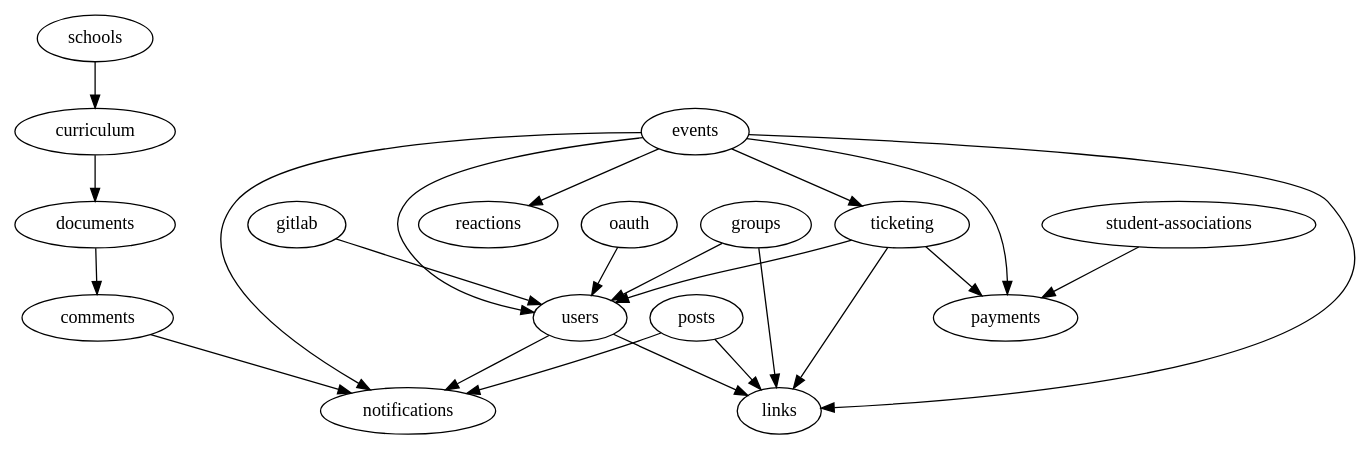
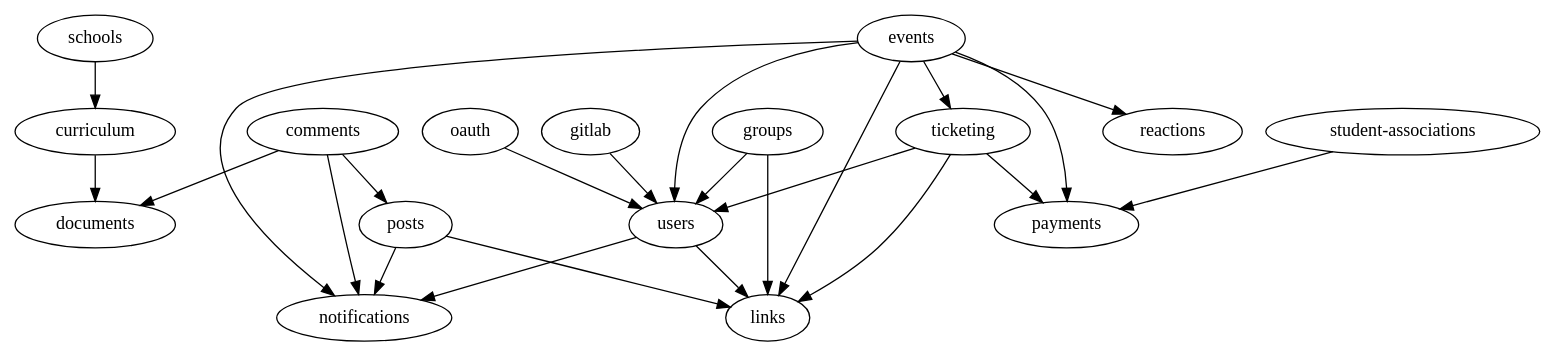
One commit to inp-net/churros changed the diagram in packages/api/scripts/modules-import-graph.dot. Above: the diagram before and after it, drawn with Graphviz. The commit also changed 26 other files, not shown here.

```diff
--- a/packages/api/scripts/modules-import-graph.dot
+++ b/packages/api/scripts/modules-import-graph.dot
@@ -1,24 +1,25 @@
 strict digraph ImportGraph {
+    "comments" -> "posts";
     "comments" -> "notifications";
+    "comments" -> "documents";
     "curriculum" -> "documents";
-    "documents" -> "comments";
     "events" -> "notifications";
     "events" -> "users";
     "events" -> "payments";
     "events" -> "reactions";
     "events" -> "ticketing";
     "events" -> "links";
     "gitlab" -> "users";
     "groups" -> "links";
     "groups" -> "users";
     "oauth" -> "users";
     "posts" -> "notifications";
     "posts" -> "links";
     "schools" -> "curriculum";
     "student-associations" -> "payments";
     "ticketing" -> "payments";
     "ticketing" -> "links";
     "ticketing" -> "users";
     "users" -> "notifications";
     "users" -> "links";
 }
```
